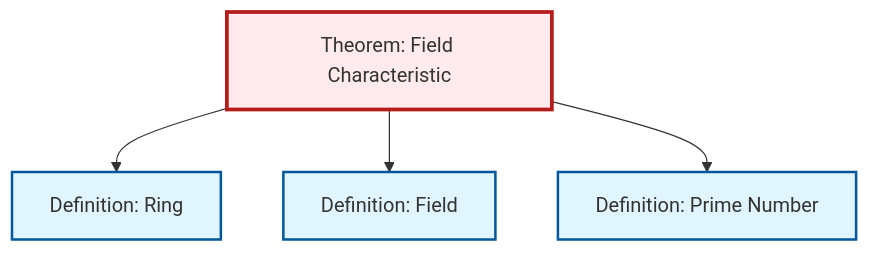
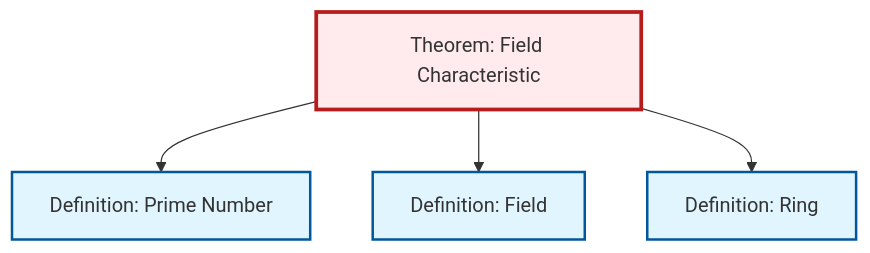
The diagram in content/en/algebra/thm-field-characteristic.qmd (RK0429/ModernMath), drawn with Mermaid before and after one commit. The commit also changed other lines of this file and 615 other files, not shown here.

````diff
--- a/content/en/algebra/thm-field-characteristic.qmd
+++ b/content/en/algebra/thm-field-characteristic.qmd
@@ -53,20 +53,20 @@
 ```{mermaid}
 %%| fig-cap: "Local dependency graph"
 graph TD
     classDef definition fill:#e1f5fe,stroke:#01579b,stroke-width:2px
     classDef theorem fill:#f3e5f5,stroke:#4a148c,stroke-width:2px
     classDef axiom fill:#fff3e0,stroke:#e65100,stroke-width:2px
     classDef example fill:#e8f5e9,stroke:#1b5e20,stroke-width:2px
     classDef current fill:#ffebee,stroke:#b71c1c,stroke-width:3px
+    thm-field-characteristic["Theorem: Field Characteristic"]:::theorem
     def-ring["Definition: Ring"]:::definition
+    def-prime["Definition: Prime Number"]:::definition
     def-field["Definition: Field"]:::definition
-    def-prime["Definition: Prime Number"]:::definition
-    thm-field-characteristic["Theorem: Field Characteristic"]:::theorem
+    thm-field-characteristic --> def-prime
+    thm-field-characteristic --> def-field
     thm-field-characteristic --> def-ring
-    thm-field-characteristic --> def-field
-    thm-field-characteristic --> def-prime
     class thm-field-characteristic current
     click def-ring "def-ring.html" "Go to Ring definition"
+    click def-prime "def-prime.html" "Go to Prime Number definition"
     click def-field "def-field.html" "Go to Field definition"
-    click def-prime "def-prime.html" "Go to Prime Number definition"
 ```
````
